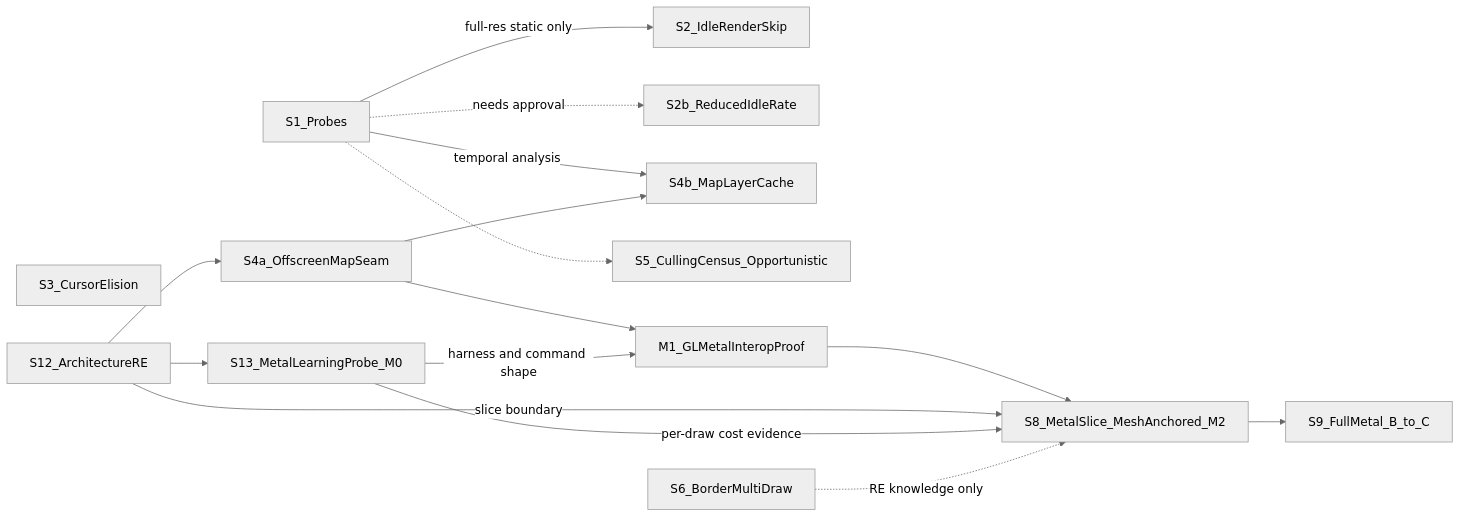
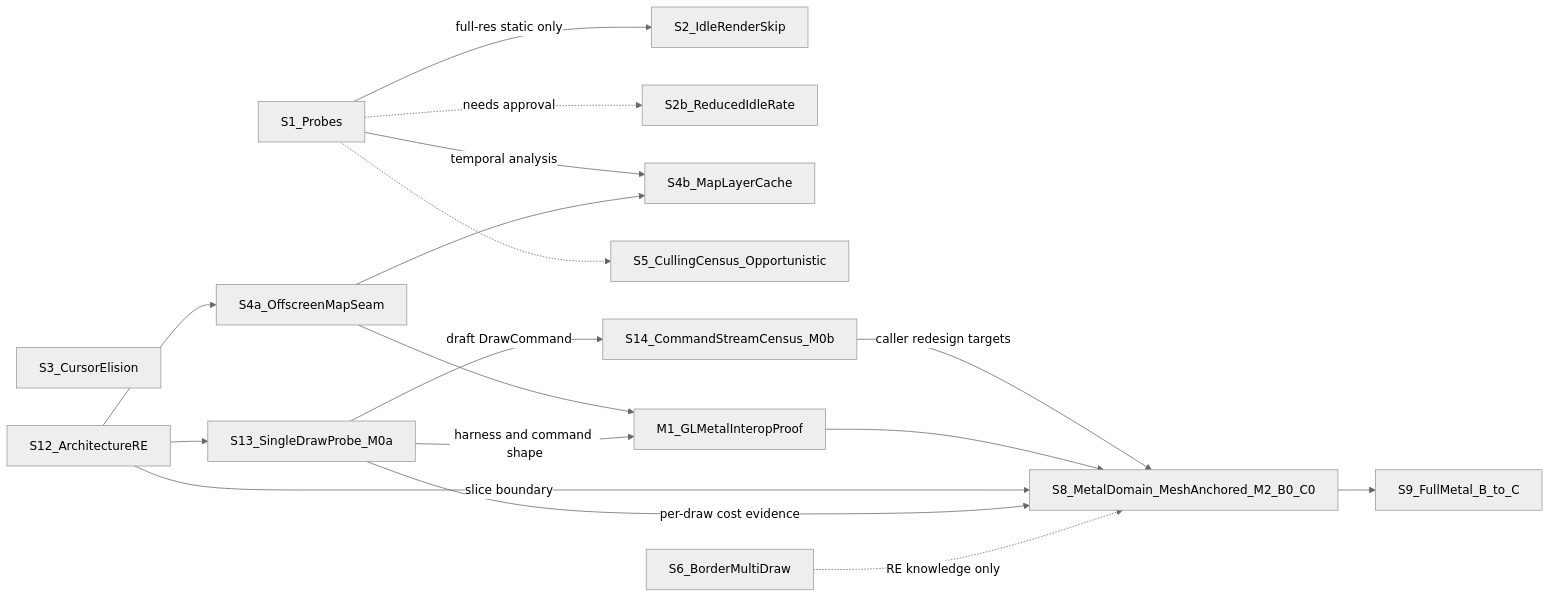
One commit to HagbardCel/eu4-mac-perf changed the diagram in docs/eu4_rendering_alternatives_ranked.md. Above: the diagram before and after it, drawn with Mermaid (neutral theme). The commit also changed other lines of this file and 1 other file, not shown here.

First line of the commit message:
docs: B as compatibility substrate, B0+C0 first domain, M0b command-stream census

````diff
--- a/docs/eu4_rendering_alternatives_ranked.md
+++ b/docs/eu4_rendering_alternatives_ranked.md
@@ -273,18 +293,20 @@
 ```mermaid
 flowchart LR
     S1[S1_Probes] -->|"full-res static only"| S2[S2_IdleRenderSkip]
     S1 -.->|"needs approval"| S2b[S2b_ReducedIdleRate]
     S1 -->|"temporal analysis"| S4b[S4b_MapLayerCache]
     S1 -.-> S5[S5_CullingCensus_Opportunistic]
     S3[S3_CursorElision]
-    S12[S12_ArchitectureRE] --> S13[S13_MetalLearningProbe_M0]
+    S12[S12_ArchitectureRE] --> S13[S13_SingleDrawProbe_M0a]
+    S13 -->|"draft DrawCommand"| S14[S14_CommandStreamCensus_M0b]
+    S14 -->|"caller redesign targets"| S8
     S12 --> S4a[S4a_OffscreenMapSeam]
     S4a --> M1[M1_GLMetalInteropProof]
     S4a --> S4b
     S13 -->|"harness and command shape"| M1
-    M1 --> S8[S8_MetalSlice_MeshAnchored_M2]
+    M1 --> S8[S8_MetalDomain_MeshAnchored_M2_B0_C0]
     S12 -->|"slice boundary"| S8
     S13 -->|"per-draw cost evidence"| S8
     S8 --> S9[S9_FullMetal_B_to_C]
     S6[S6_BorderMultiDraw] -.->|"RE knowledge only"| S8
 ```
````
